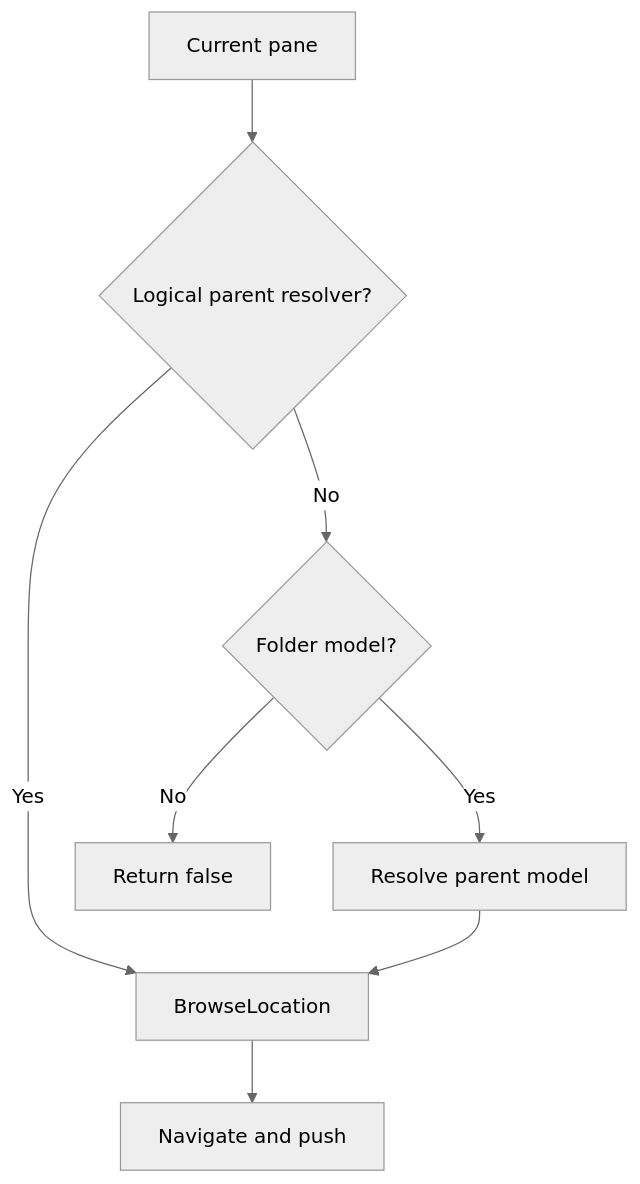
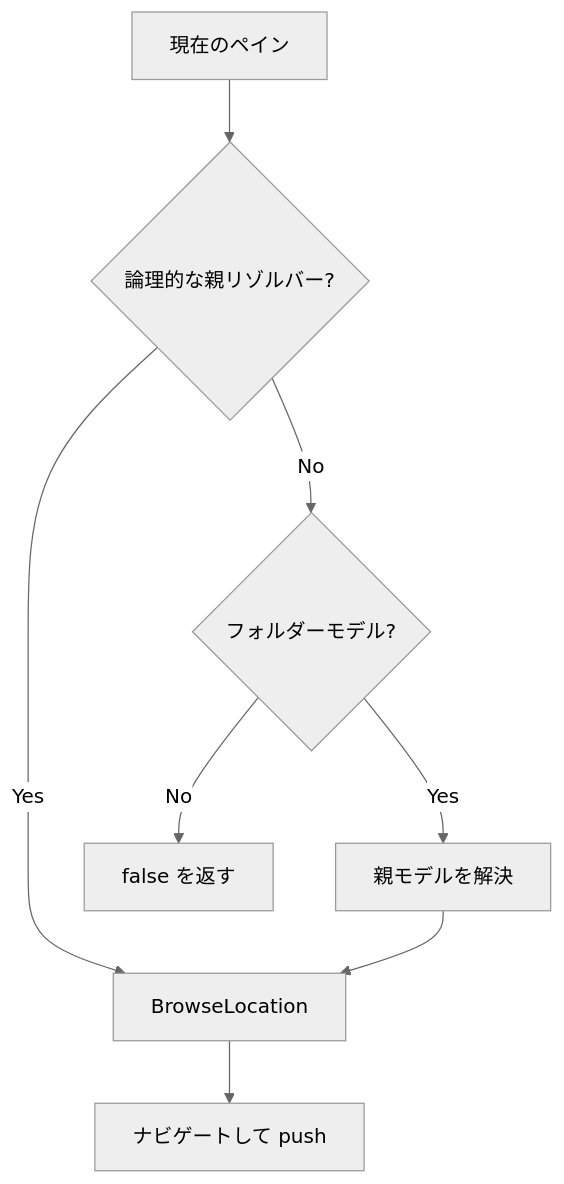
The third of 4 diagrams in docs/architecture/app-models.md (0x5bfa/Files), drawn with Mermaid (neutral theme) before and after one commit. The commit also changed other lines of this file and 18 other files, not shown here.

Commit message:
Translate architecture docs to Japanese

````diff
--- a/docs/architecture/app-models.md
+++ b/docs/architecture/app-models.md
@@ -145,18 +123,18 @@
 ```mermaid
 flowchart TD
-    Pane["Current pane"]
-    Logical{"Logical parent resolver?"}
-    Folder{"Folder model?"}
-    Parent["Resolve parent model"]
+    Pane["現在のペイン"]
+    Logical{"論理的な親リゾルバー?"}
+    Folder{"フォルダーモデル?"}
+    Parent["親モデルを解決"]
     Target["BrowseLocation"]
-    Navigate["Navigate and push"]
-    Stop["Return false"]
+    Navigate["ナビゲートして push"]
+    Stop["false を返す"]
 
     Pane --> Logical
     Logical -->|Yes| Target
     Logical -->|No| Folder
     Folder -->|No| Stop
     Folder -->|Yes| Parent
     Parent --> Target
     Target --> Navigate
 ```
````
